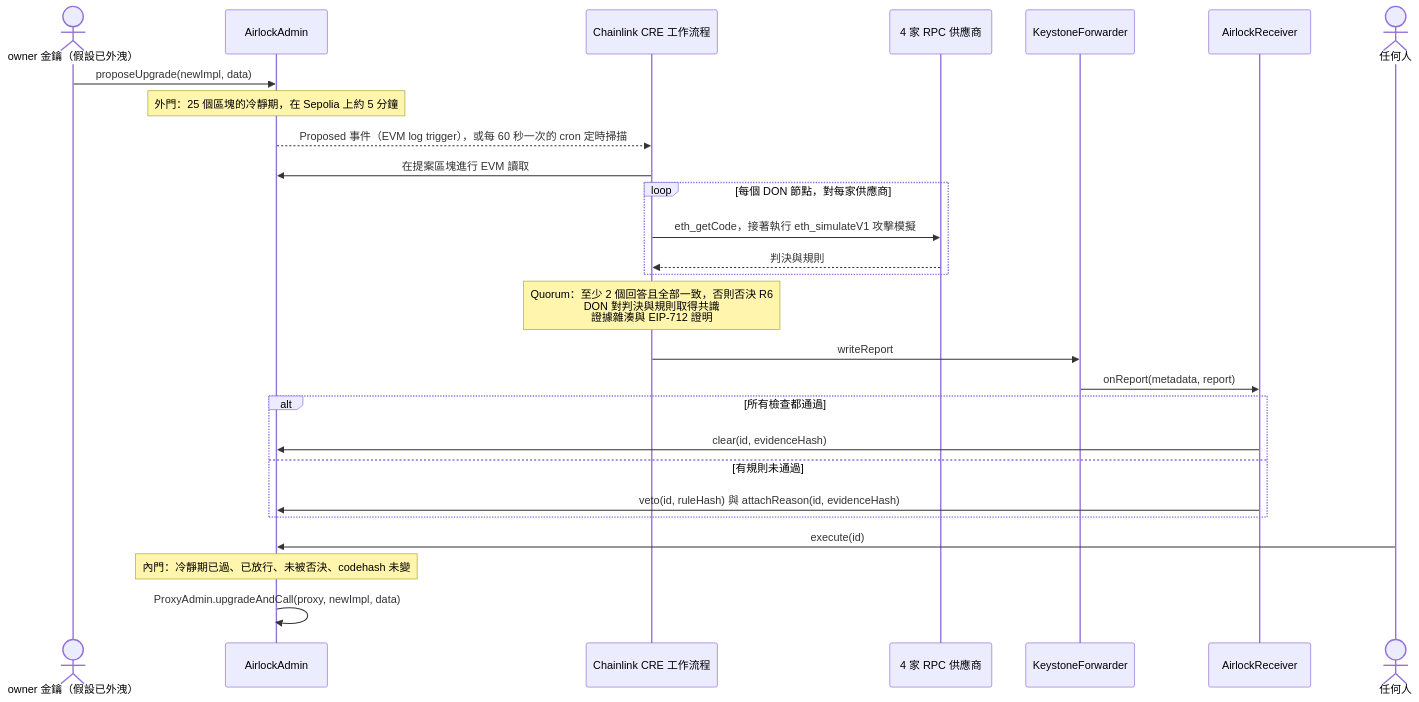
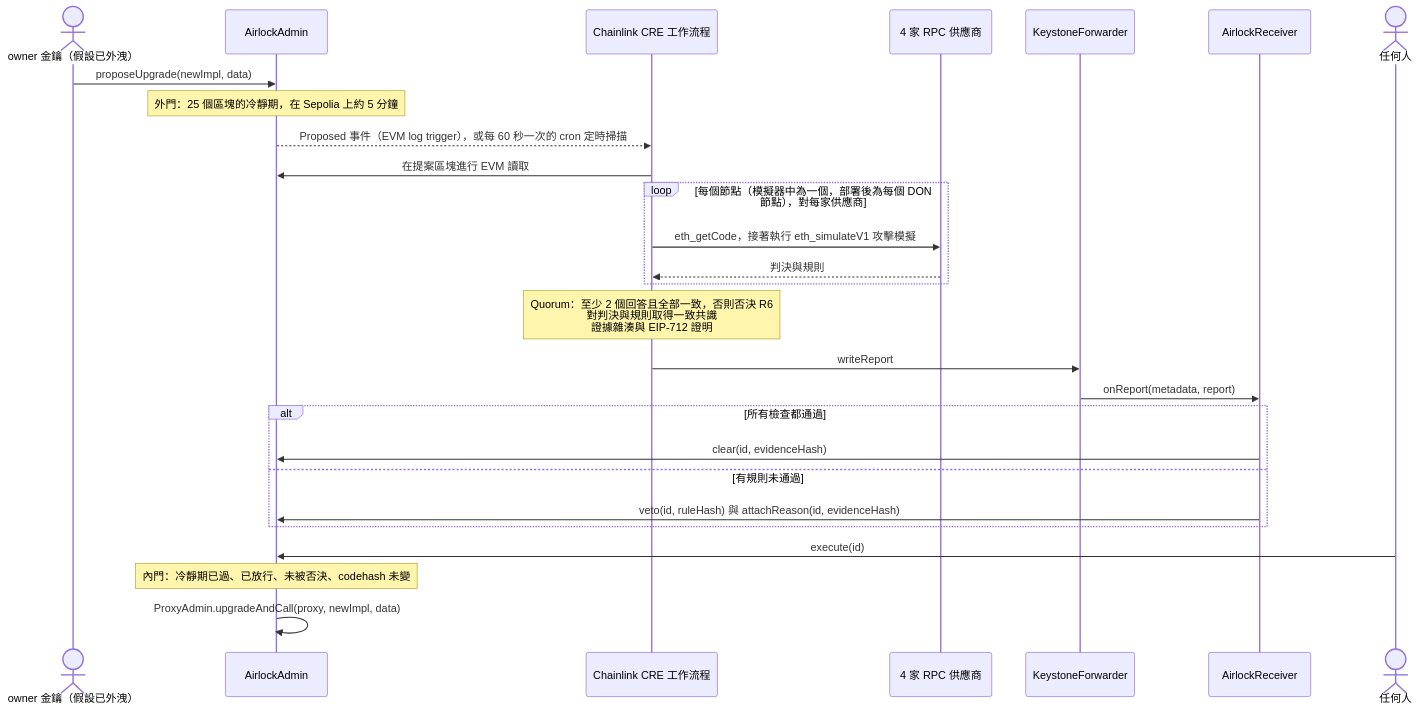
The diagram in README.zh-TW.md (tedinroc/upgrade-airlock), drawn with Mermaid before and after one commit. The commit also changed other lines of this file and 37 other files, not shown here.

````diff
--- a/README.zh-TW.md
+++ b/README.zh-TW.md
@@ -49,30 +50,30 @@
 ```mermaid
 sequenceDiagram
     actor Owner as owner 金鑰（假設已外洩）
     participant Admin as AirlockAdmin
     participant CRE as Chainlink CRE 工作流程
     participant RPC as 4 家 RPC 供應商
     participant Fwd as KeystoneForwarder
     participant Recv as AirlockReceiver
     actor Anyone as 任何人
 
     Owner->>Admin: proposeUpgrade(newImpl, data)
     Note over Admin: 外門：25 個區塊的冷靜期，在 Sepolia 上約 5 分鐘
     Admin-->>CRE: Proposed 事件（EVM log trigger），或每 60 秒一次的 cron 定時掃描
     CRE->>Admin: 在提案區塊進行 EVM 讀取
-    loop 每個 DON 節點，對每家供應商
+    loop 每個節點（模擬器中為一個，部署後為每個 DON 節點），對每家供應商
         CRE->>RPC: eth_getCode，接著執行 eth_simulateV1 攻擊模擬
         RPC-->>CRE: 判決與規則
     end
-    Note over CRE: Quorum：至少 2 個回答且全部一致，否則否決 R6<br/>DON 對判決與規則取得共識<br/>證據雜湊與 EIP-712 證明
+    Note over CRE: Quorum：至少 2 個回答且全部一致，否則否決 R6<br/>對判決與規則取得一致共識<br/>證據雜湊與 EIP-712 證明
     CRE->>Fwd: writeReport
     Fwd->>Recv: onReport(metadata, report)
     alt 所有檢查都通過
         Recv->>Admin: clear(id, evidenceHash)
     else 有規則未通過
         Recv->>Admin: veto(id, ruleHash) 與 attachReason(id, evidenceHash)
     end
     Anyone->>Admin: execute(id)
     Note over Admin: 內門：冷靜期已過、已放行、未被否決、codehash 未變
     Admin->>Admin: ProxyAdmin.upgradeAndCall(proxy, newImpl, data)
 ```
````
